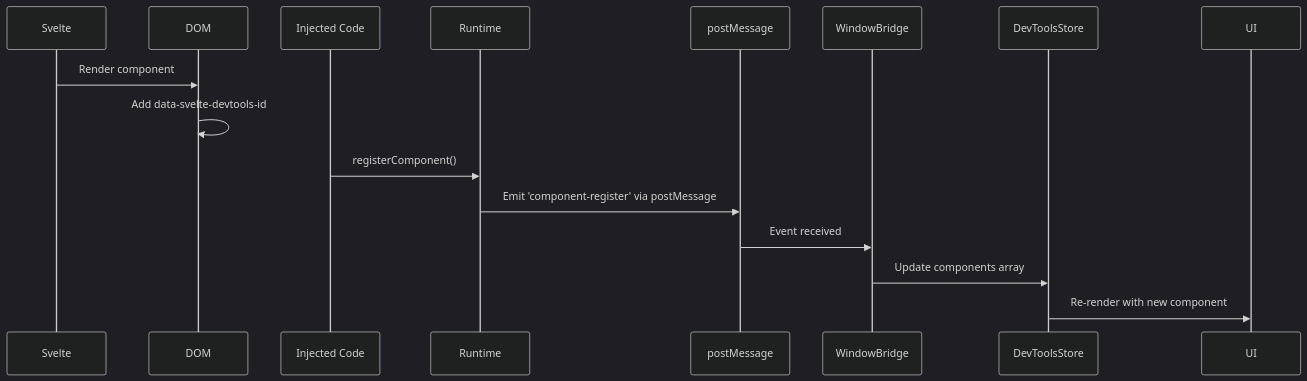
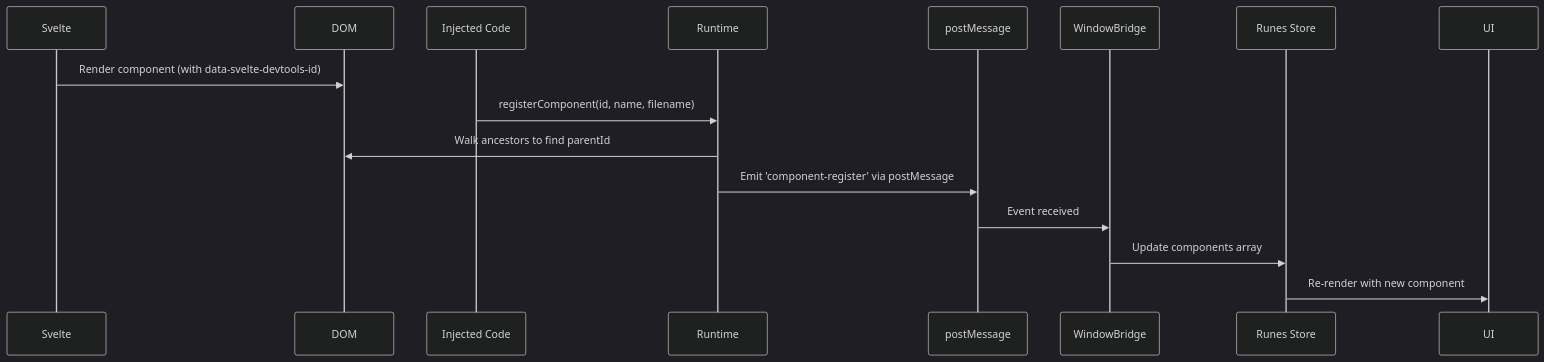
Before and after one commit to fsodano/svelte-devtools: the second of 3 diagrams in docs/01_architecture.md, drawn with Mermaid (dark theme). The commit also changed other lines of this file and 26 other files, not shown here.

````diff
--- a/docs/01_architecture.md
+++ b/docs/01_architecture.md
@@ -96,19 +106,19 @@
 ```mermaid
 sequenceDiagram
     participant S as Svelte
     participant DOM as DOM
     participant Inj as Injected Code
     participant Runtime as Runtime
     participant PM as postMessage
     participant WB as WindowBridge
-    participant Store as DevToolsStore
+    participant Store as Runes Store
     participant UI as UI
 
-    S->>DOM: Render component
-    DOM->>DOM: Add data-svelte-devtools-id
-    Inj->>Runtime: registerComponent()
+    S->>DOM: Render component (with data-svelte-devtools-id)
+    Inj->>Runtime: registerComponent(id, name, filename)
+    Runtime->>DOM: Walk ancestors to find parentId
     Runtime->>PM: Emit 'component-register' via postMessage
     PM->>WB: Event received
     WB->>Store: Update components array
     Store->>UI: Re-render with new component
 ```
````
